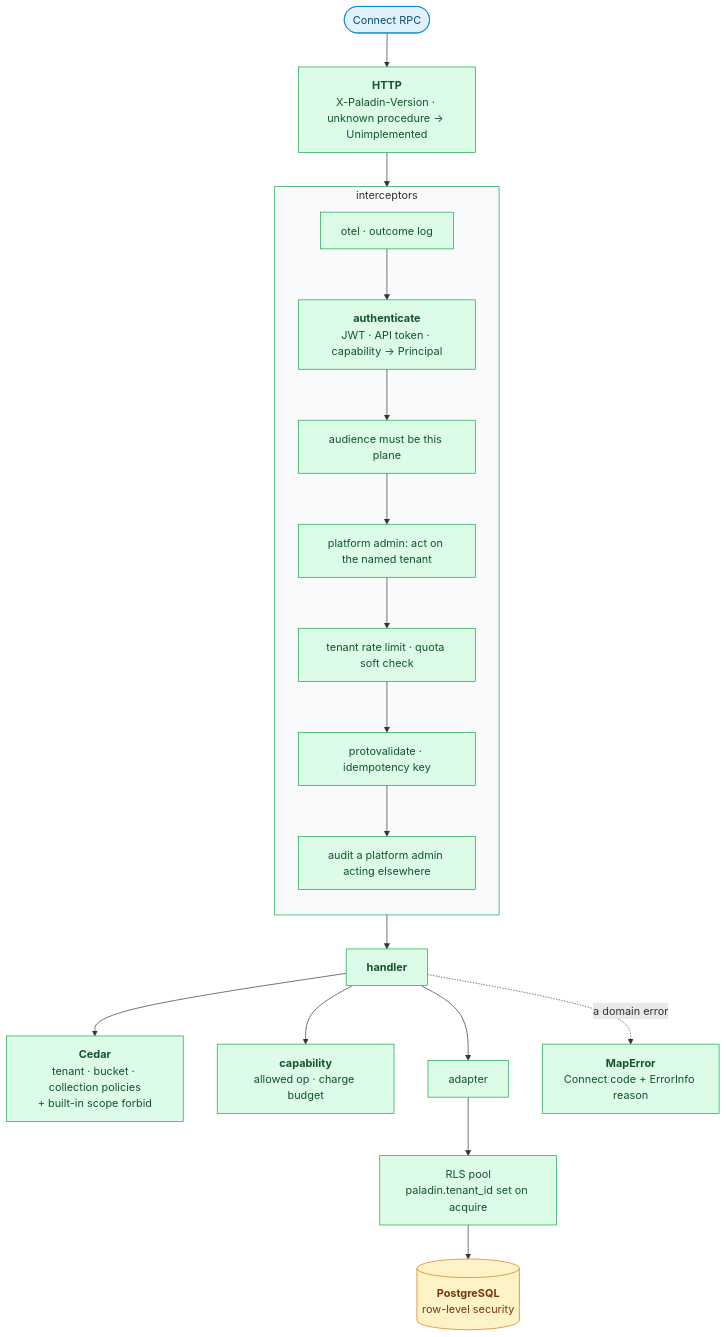
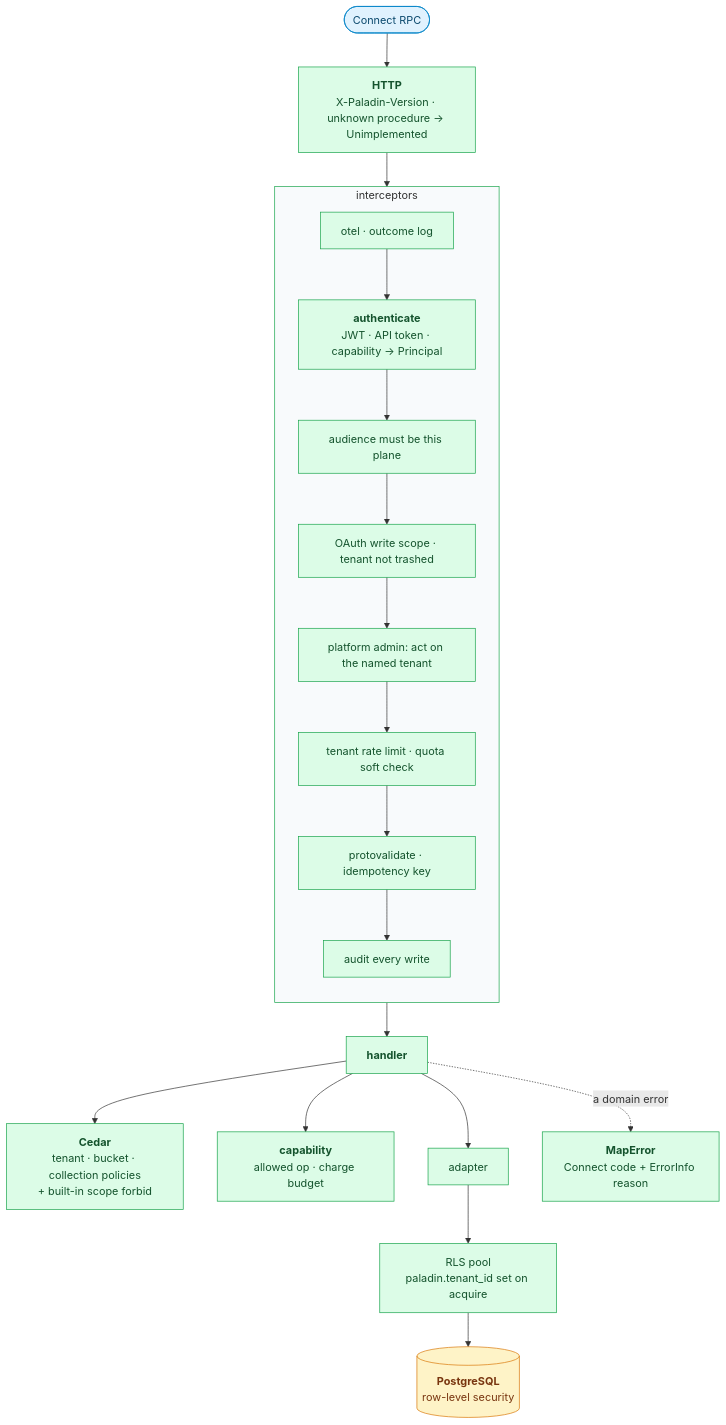
Before and after one commit to oleg-tkachuk/paladin: the third of 14 diagrams in backend/docs/diagrams.md, drawn with Mermaid. The commit also changed other lines of this file and 4 other files, not shown here.

Commit message:
docs(architecture): bring the architecture pages and their diagrams up to date with the code

````diff
--- a/backend/docs/diagrams.md
+++ b/backend/docs/diagrams.md
@@ -100,40 +103,41 @@
 ```mermaid
 flowchart TB
     req(["Connect RPC"])
     ver["<b>HTTP</b><br/>X-Paladin-Version · unknown procedure → Unimplemented"]
     subgraph ic ["interceptors"]
         direction TB
         obs["otel · outcome log"]
         authn["<b>authenticate</b><br/>JWT · API token · capability → Principal"]
         aud["audience must be this plane"]
+        gate["OAuth write scope · tenant not trashed"]
         act["platform admin: act on the named tenant"]
         lim["tenant rate limit · quota soft check"]
         val["protovalidate · idempotency key"]
-        aae["audit a platform admin acting elsewhere"]
+        aae["audit every write"]
     end
     h["<b>handler</b>"]
     cedar["<b>Cedar</b><br/>tenant · bucket · collection policies<br/>+ built-in scope forbid"]
     cap["<b>capability</b><br/>allowed op · charge budget"]
     adp["adapter"]
     pool["RLS pool<br/>paladin.tenant_id set on acquire"]
     pg[("<b>PostgreSQL</b><br/>row-level security")]
 
     err["<b>MapError</b><br/>Connect code + ErrorInfo reason"]
 
-    req --> ver --> obs --> authn --> aud --> act --> lim --> val --> aae --> h
+    req --> ver --> obs --> authn --> aud --> gate --> act --> lim --> val --> aae --> h
     h --> cedar
     h --> cap
     h --> adp --> pool --> pg
     h -. "a domain error" .-> err
 
     classDef client fill:#E0F2FE,stroke:#0284C7,color:#0C4A6E
     classDef ui fill:#EDE9FE,stroke:#7C3AED,color:#3B0764
     classDef role fill:#DCFCE7,stroke:#16A34A,color:#14532D
     classDef optional fill:#F1F5F9,stroke:#64748B,color:#334155,stroke-dasharray:5 4
     classDef store fill:#FEF3C7,stroke:#D97706,color:#78350F
     classDef external fill:#FCE7F3,stroke:#DB2777,color:#831843
     class req client
-    class ver,obs,authn,aud,act,lim,val,aae,h,cedar,cap,adp,pool,err role
+    class ver,obs,authn,aud,gate,act,lim,val,aae,h,cedar,cap,adp,pool,err role
     class pg store
     style ic fill:#F8FAFC,stroke:#16A34A
 ```
````
